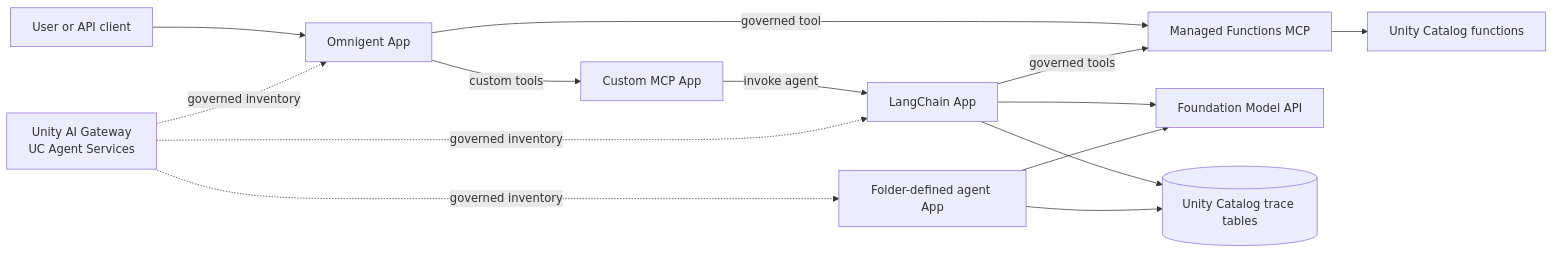
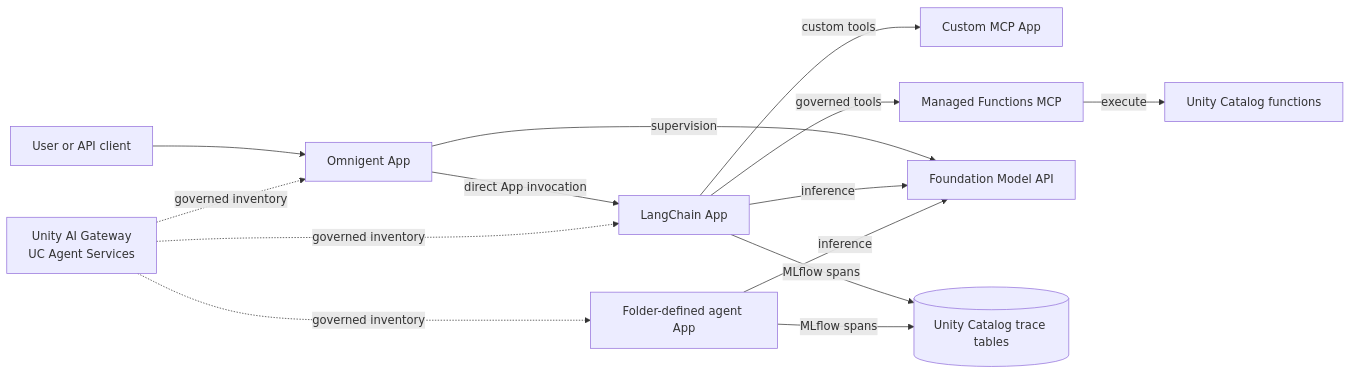
The diagram in docs/architecture/runtime-example.md (zacdav-db/databricks-agent-cicd-sandpit), drawn with Mermaid before and after one commit. The commit also changed other lines of this file and 20 other files, not shown here.

````diff
--- a/docs/architecture/runtime-example.md
+++ b/docs/architecture/runtime-example.md
@@ -14,27 +14,27 @@
 ```mermaid
 flowchart LR
     User["User or API client"]
     Omni["Omnigent App"]
     MCP["Custom MCP App"]
     Agent["LangChain App"]
     Generated["Folder-defined agent App"]
     Managed["Managed Functions MCP"]
     Functions["Unity Catalog functions"]
     Model["Foundation Model API"]
     Gateway["Unity AI Gateway<br/>UC Agent Services"]
     Traces[("Unity Catalog trace tables")]
 
     User --> Omni
-    Omni -->|"custom tools"| MCP
-    MCP -->|"invoke agent"| Agent
-    Omni -->|"governed tool"| Managed
+    Omni -->|"direct App invocation"| Agent
+    Agent -->|"custom tools"| MCP
     Agent -->|"governed tools"| Managed
-    Managed --> Functions
-    Agent --> Model
-    Generated --> Model
-    Agent --> Traces
-    Generated --> Traces
+    Managed -->|"execute"| Functions
+    Omni -->|"supervision"| Model
+    Agent -->|"inference"| Model
+    Generated -->|"inference"| Model
+    Agent -->|"MLflow spans"| Traces
+    Generated -->|"MLflow spans"| Traces
     Gateway -. "governed inventory" .-> Agent
     Gateway -. "governed inventory" .-> Generated
     Gateway -. "governed inventory" .-> Omni
 ```
````
